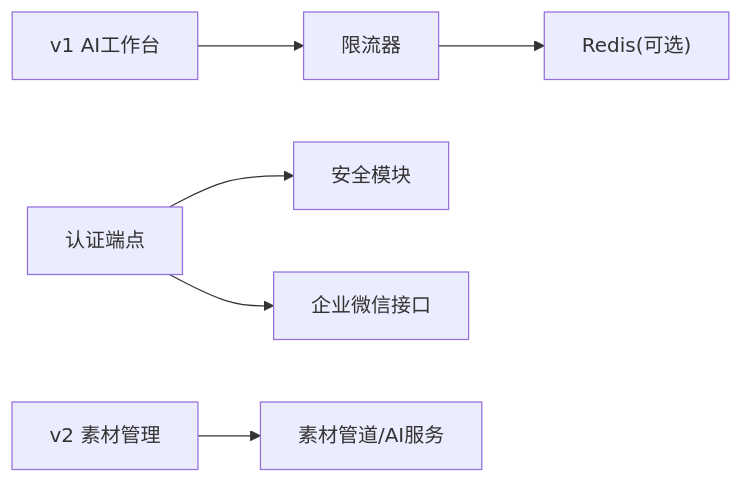
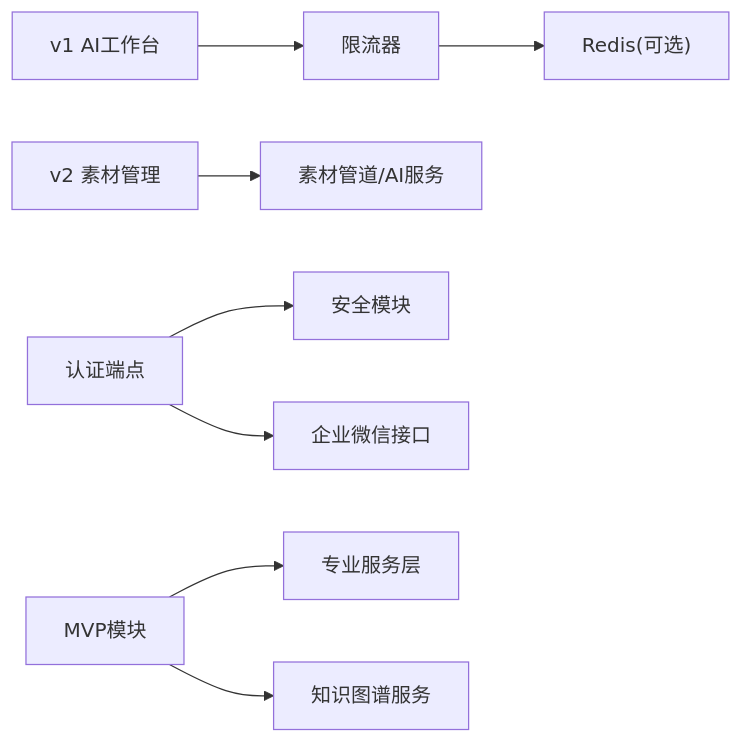
The seventh of 7 diagrams in .qoder/repowiki/zh/content/API接口文档/API接口文档.md (dream-ze/AI_huoke-), drawn with Mermaid before and after one commit. The commit also changed other lines of this file and 220 other files, not shown here.

````diff
--- a/.qoder/repowiki/zh/content/API接口文档/API接口文档.md
+++ b/.qoder/repowiki/zh/content/API接口文档/API接口文档.md
@@ -300,8 +438,10 @@
 ```mermaid
 graph LR
 AUTH["认证端点"] --> SEC["安全模块"]
 V1AI["v1 AI工作台"] --> RL["限流器"]
 V2MAT["v2 素材管理"] --> PIPE["素材管道/AI服务"]
+MVP["MVP模块"] --> SVCS["专业服务层"]
+MVP --> GRAPH["知识图谱服务"]
 AUTH --> WECOM["企业微信接口"]
 RL --> REDIS["Redis(可选)"]
 ```
````
